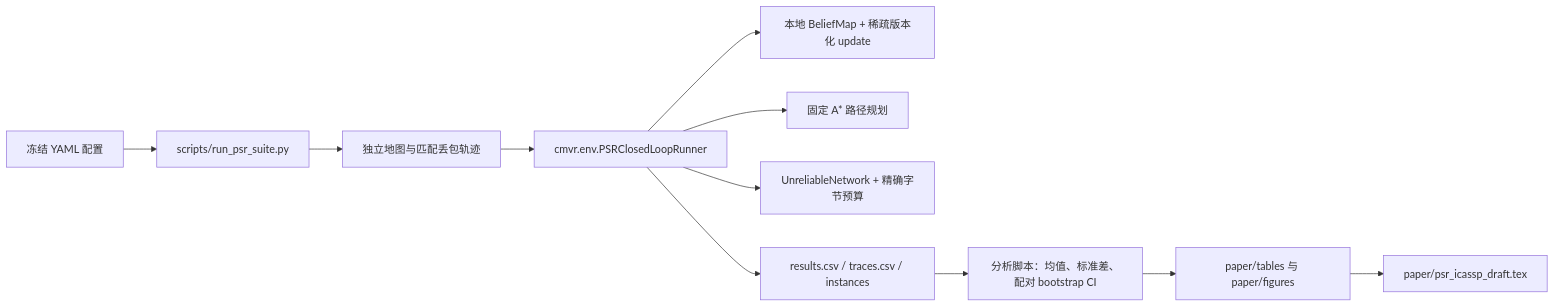
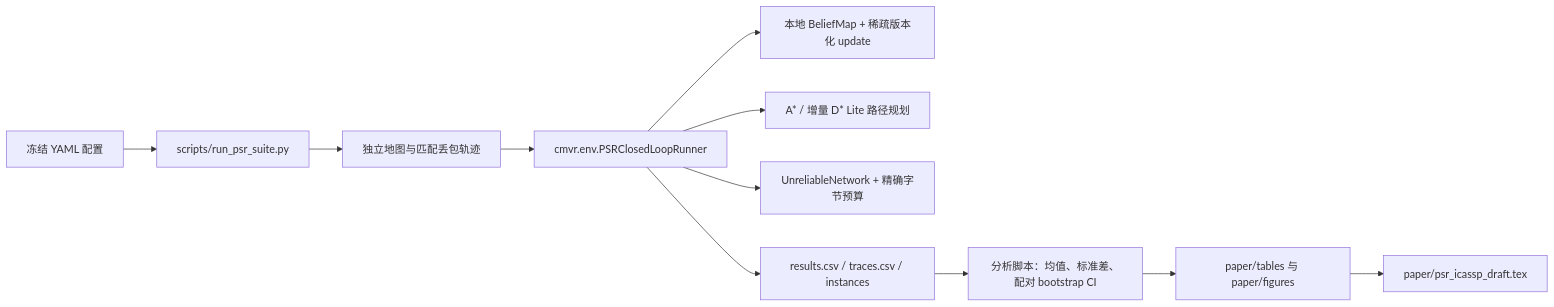
Before and after one commit to 21ning/CARE-Repair-Before-You-Decide-for-Lossy-Multi-Robot-Map-Sharing: the diagram in docs/ARCHITECTURE.md, drawn with Mermaid. The commit also changed other lines of this file and 24 other files, not shown here.

````diff
--- a/docs/ARCHITECTURE.md
+++ b/docs/ARCHITECTURE.md
@@ -8,13 +8,13 @@
 ```mermaid
 flowchart LR
   C[冻结 YAML 配置] --> R[scripts/run_psr_suite.py]
   R --> I[独立地图与匹配丢包轨迹]
   I --> E[cmvr.env.PSRClosedLoopRunner]
   E --> M[本地 BeliefMap + 稀疏版本化 update]
-  E --> P[固定 A* 路径规划]
+  E --> P[A* / 增量 D* Lite 路径规划]
   E --> N[UnreliableNetwork + 精确字节预算]
   E --> O[results.csv / traces.csv / instances]
   O --> A[分析脚本：均值、标准差、配对 bootstrap CI]
   A --> T[paper/tables 与 paper/figures]
   T --> X[paper/psr_icassp_draft.tex]
 ```
````
